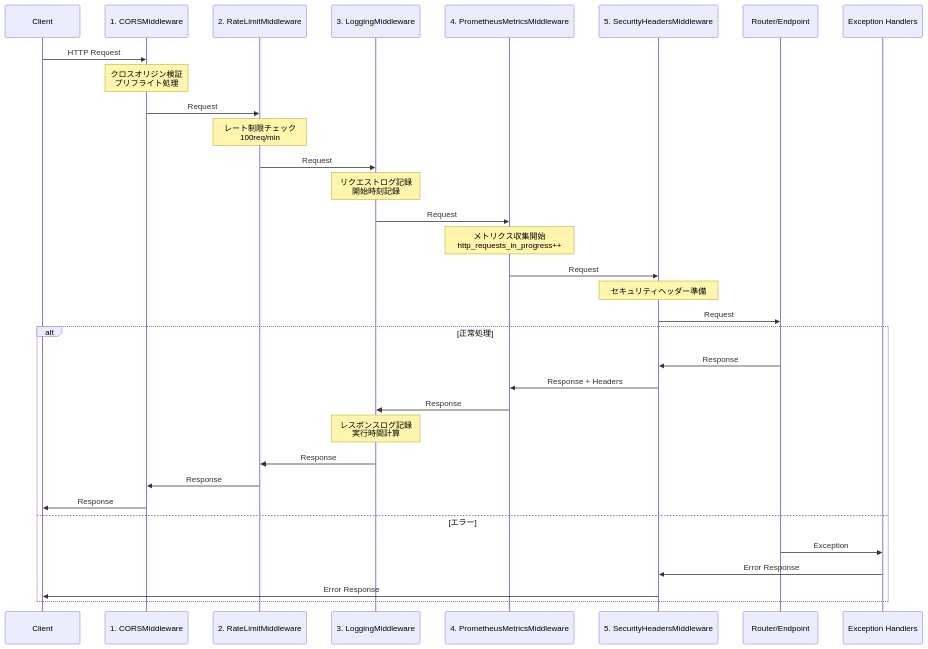
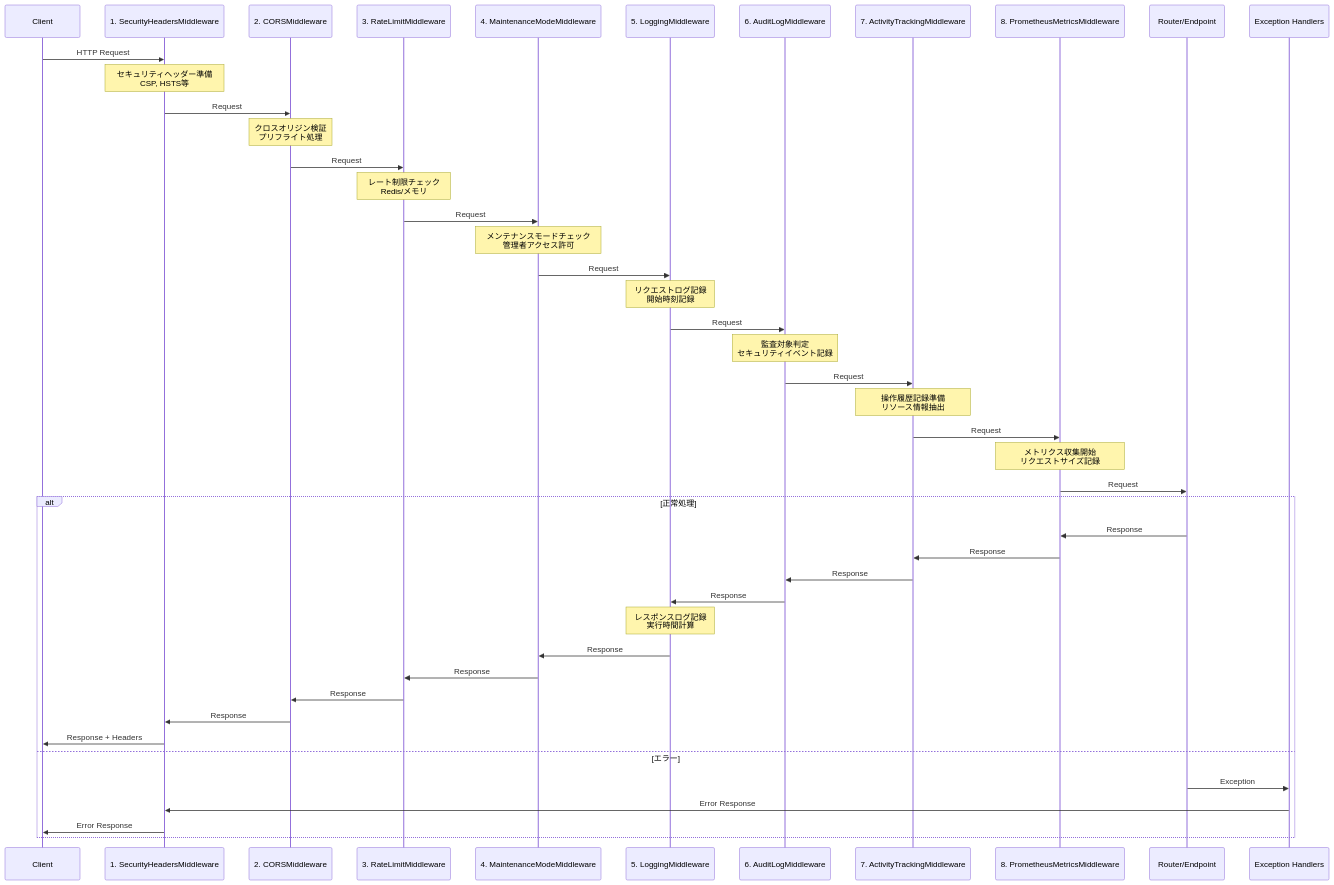
Before and after one commit to nomura-koshiro/genai-app-docs: the first of 14 diagrams in docs/specifications/09-middleware/01-middleware-design.md, drawn with Mermaid. The commit also changed other lines of this file and 29 other files, not shown here.

```diff
--- a/docs/specifications/09-middleware/01-middleware-design.md
+++ b/docs/specifications/09-middleware/01-middleware-design.md
@@ -21,47 +22,65 @@
 ::: mermaid
 sequenceDiagram
     participant Client
-    participant CORS as 1. CORSMiddleware
-    participant RateLimit as 2. RateLimitMiddleware
-    participant Logging as 3. LoggingMiddleware
-    participant Metrics as 4. PrometheusMetricsMiddleware
-    participant Security as 5. SecurityHeadersMiddleware
+    participant Security as 1. SecurityHeadersMiddleware
+    participant CORS as 2. CORSMiddleware
+    participant RateLimit as 3. RateLimitMiddleware
+    participant Maintenance as 4. MaintenanceModeMiddleware
+    participant Logging as 5. LoggingMiddleware
+    participant Audit as 6. AuditLogMiddleware
+    participant Activity as 7. ActivityTrackingMiddleware
+    participant Metrics as 8. PrometheusMetricsMiddleware
     participant Router as Router/Endpoint
     participant Exception as Exception Handlers
 
-    Client->>CORS: HTTP Request
+    Client->>Security: HTTP Request
+
+    Note over Security: セキュリティヘッダー準備<br/>CSP, HSTS等
+
+    Security->>CORS: Request
 
     Note over CORS: クロスオリジン検証<br/>プリフライト処理
 
     CORS->>RateLimit: Request
 
-    Note over RateLimit: レート制限チェック<br/>100req/min
+    Note over RateLimit: レート制限チェック<br/>Redis/メモリ
 
-    RateLimit->>Logging: Request
+    RateLimit->>Maintenance: Request
+
+    Note over Maintenance: メンテナンスモードチェック<br/>管理者アクセス許可
+
+    Maintenance->>Logging: Request
 
     Note over Logging: リクエストログ記録<br/>開始時刻記録
 
-    Logging->>Metrics: Request
+    Logging->>Audit: Request
 
-    Note over Metrics: メトリクス収集開始<br/>http_requests_in_progress++
+    Note over Audit: 監査対象判定<br/>セキュリティイベント記録
 
-    Metrics->>Security: Request
+    Audit->>Activity: Request
 
-    Note over Security: セキュリティヘッダー準備
+    Note over Activity: 操作履歴記録準備<br/>リソース情報抽出
 
-    Security->>Router: Request
+    Activity->>Metrics: Request
+
+    Note over Metrics: メトリクス収集開始<br/>リクエストサイズ記録
+
+    Metrics->>Router: Request
 
     alt 正常処理
-        Router->>Security: Response
-        Security->>Metrics: Response + Headers
-        Metrics->>Logging: Response
+        Router->>Metrics: Response
+        Metrics->>Activity: Response
+        Activity->>Audit: Response
+        Audit->>Logging: Response
         Note over Logging: レスポンスログ記録<br/>実行時間計算
-        Logging->>RateLimit: Response
+        Logging->>Maintenance: Response
+        Maintenance->>RateLimit: Response
         RateLimit->>CORS: Response
-        CORS->>Client: Response
+        CORS->>Security: Response
+        Security->>Client: Response + Headers
     else エラー
         Router->>Exception: Exception
         Exception->>Security: Error Response
         Security->>Client: Error Response
     end
 :::
```
